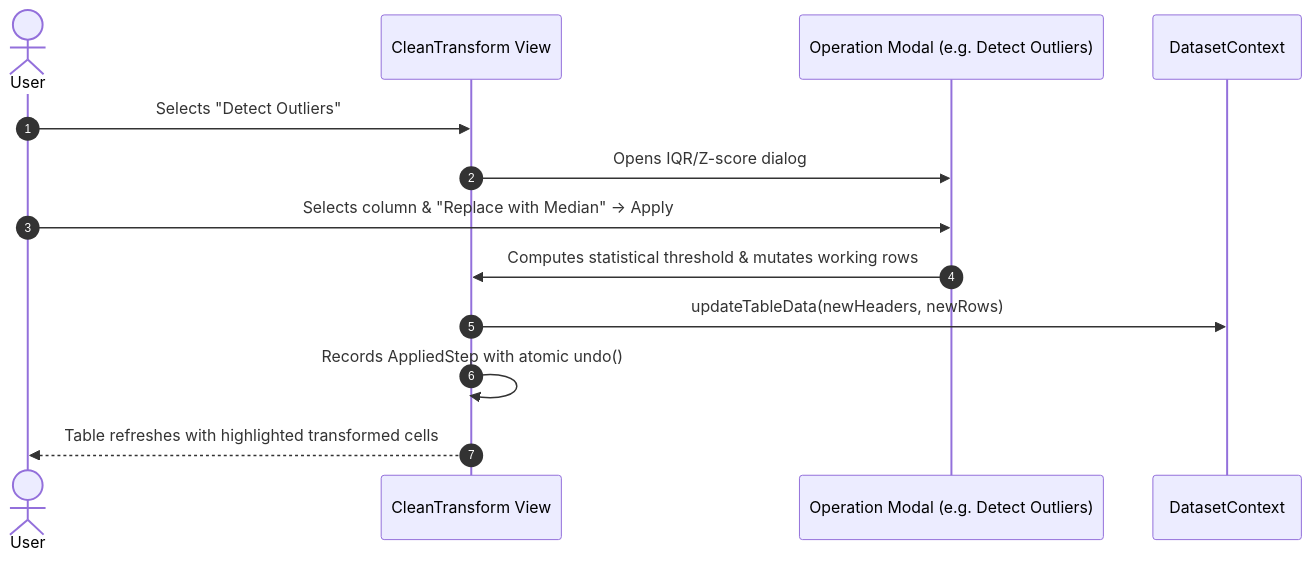
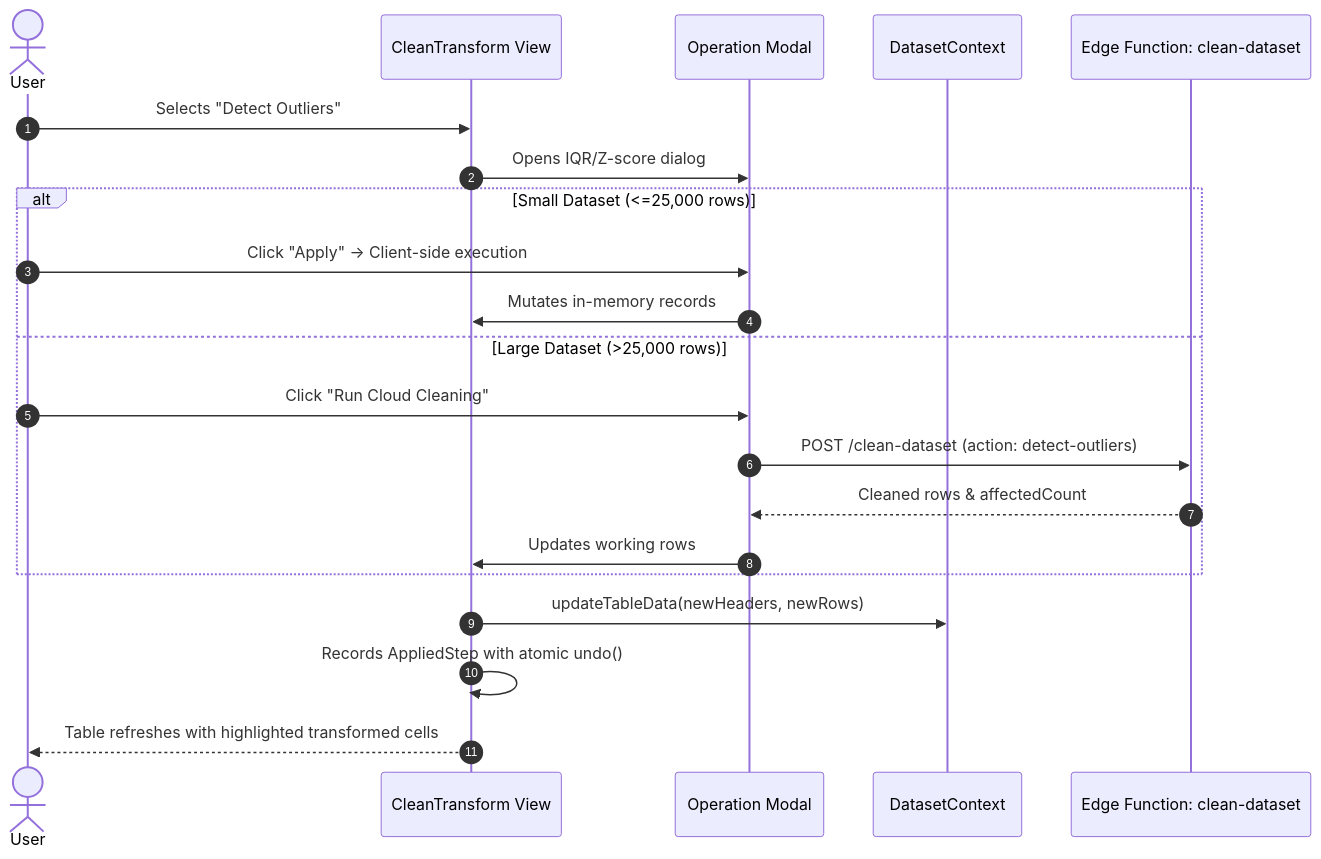
One commit to tanaydas-mopo/DataVista changed the fourth of 5 diagrams in documentation/SRS.md. Above: the diagram before and after it, drawn with Mermaid. The commit also changed other lines of this file and 27 other files, not shown here.

````diff
--- a/documentation/SRS.md
+++ b/documentation/SRS.md
@@ -344,16 +350,24 @@
 ```mermaid
 sequenceDiagram
     autonumber
     actor User
     participant CleanUI as CleanTransform View
-    participant Modal as Operation Modal (e.g. Detect Outliers)
+    participant Modal as Operation Modal
     participant Ctx as DatasetContext
+    participant EdgeClean as Edge Function: clean-dataset
 
     User->>CleanUI: Selects "Detect Outliers"
     CleanUI->>Modal: Opens IQR/Z-score dialog
-    User->>Modal: Selects column & "Replace with Median" -> Apply
-    Modal->>CleanUI: Computes statistical threshold & mutates working rows
+    alt Small Dataset (<=25,000 rows)
+        User->>Modal: Click "Apply" -> Client-side execution
+        Modal->>CleanUI: Mutates in-memory records
+    else Large Dataset (>25,000 rows)
+        User->>Modal: Click "Run Cloud Cleaning"
+        Modal->>EdgeClean: POST /clean-dataset (action: detect-outliers)
+        EdgeClean-->>Modal: Cleaned rows & affectedCount
+        Modal->>CleanUI: Updates working rows
+    end
     CleanUI->>Ctx: updateTableData(newHeaders, newRows)
     CleanUI->>CleanUI: Records AppliedStep with atomic undo()
     CleanUI-->>User: Table refreshes with highlighted transformed cells
 ```
````
